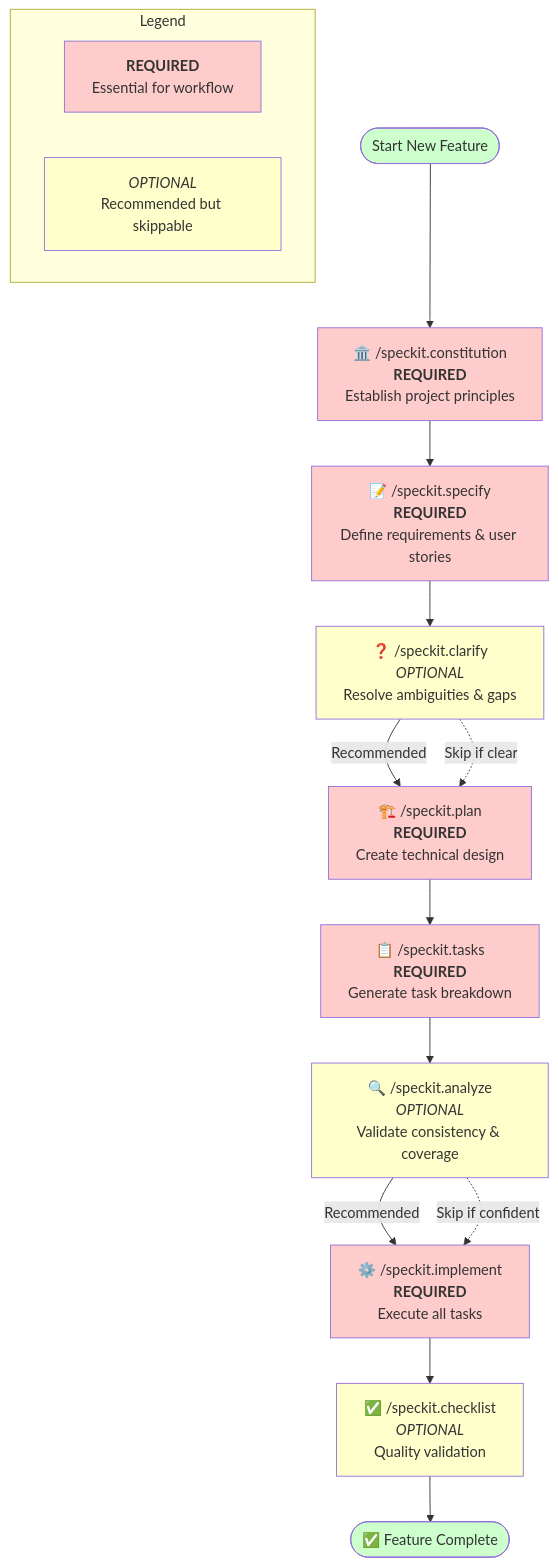
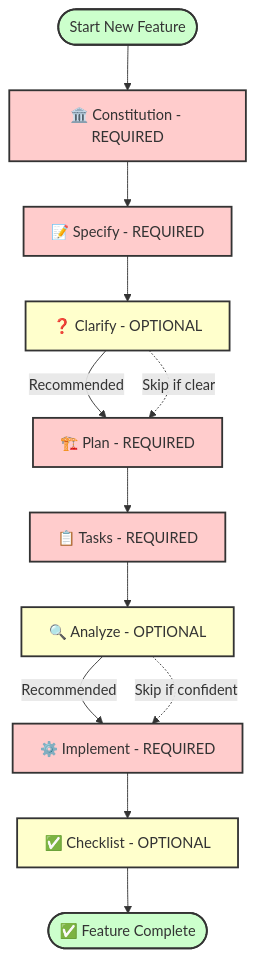
One commit to github/spec-kit changed the first of 6 diagrams in README.md. Above: the diagram before and after it, drawn with Mermaid. The commit also changed other lines of this file, not shown here.

````diff
--- a/README.md
+++ b/README.md
@@ -133,50 +133,26 @@
 ```mermaid
 flowchart TD
     Start([Start New Feature]) --> Constitution
-
-    Constitution["🏛️ /speckit.constitution<br/><b>REQUIRED</b><br/>Establish project principles"]
-    Constitution --> Specify
-
-    Specify["📝 /speckit.specify<br/><b>REQUIRED</b><br/>Define requirements & user stories"]
-    Specify --> Clarify
-
-    Clarify["❓ /speckit.clarify<br/><i>OPTIONAL</i><br/>Resolve ambiguities & gaps"]
-    Clarify -->|Recommended| Plan
+    Constitution[🏛️ Constitution - REQUIRED] --> Specify
+    Specify[📝 Specify - REQUIRED] --> Clarify
+    Clarify[❓ Clarify - OPTIONAL] -->|Recommended| Plan
     Clarify -.->|Skip if clear| Plan
-
-    Plan["🏗️ /speckit.plan<br/><b>REQUIRED</b><br/>Create technical design"]
-    Plan --> Tasks
-
-    Tasks["📋 /speckit.tasks<br/><b>REQUIRED</b><br/>Generate task breakdown"]
-    Tasks --> Analyze
-
-    Analyze["🔍 /speckit.analyze<br/><i>OPTIONAL</i><br/>Validate consistency & coverage"]
-    Analyze -->|Recommended| Implement
+    Plan[🏗️ Plan - REQUIRED] --> Tasks
+    Tasks[📋 Tasks - REQUIRED] --> Analyze
+    Analyze[🔍 Analyze - OPTIONAL] -->|Recommended| Implement
     Analyze -.->|Skip if confident| Implement
-
-    Implement["⚙️ /speckit.implement<br/><b>REQUIRED</b><br/>Execute all tasks"]
-    Implement --> Checklist
-
-    Checklist["✅ /speckit.checklist<br/><i>OPTIONAL</i><br/>Quality validation"]
-    Checklist --> Done
-
+    Implement[⚙️ Implement - REQUIRED] --> Checklist
+    Checklist[✅ Checklist - OPTIONAL] --> Done
     Done([✅ Feature Complete])
 
-    subgraph Legend
-        Required["<b>REQUIRED</b><br/>Essential for workflow"]
-        Optional["<i>OPTIONAL</i><br/>Recommended but skippable"]
-    end
-
-    style Constitution fill:#ffcccc
-    style Specify fill:#ffcccc
-    style Plan fill:#ffcccc
-    style Tasks fill:#ffcccc
-    style Implement fill:#ffcccc
-    style Clarify fill:#ffffcc
-    style Analyze fill:#ffffcc
-    style Checklist fill:#ffffcc
-    style Start fill:#ccffcc
-    style Done fill:#ccffcc
-    style Required fill:#ffcccc
-    style Optional fill:#ffffcc
+    style Constitution fill:#ffcccc,stroke:#333,stroke-width:2px
+    style Specify fill:#ffcccc,stroke:#333,stroke-width:2px
+    style Plan fill:#ffcccc,stroke:#333,stroke-width:2px
+    style Tasks fill:#ffcccc,stroke:#333,stroke-width:2px
+    style Implement fill:#ffcccc,stroke:#333,stroke-width:2px
+    style Clarify fill:#ffffcc,stroke:#333,stroke-width:2px
+    style Analyze fill:#ffffcc,stroke:#333,stroke-width:2px
+    style Checklist fill:#ffffcc,stroke:#333,stroke-width:2px
+    style Start fill:#ccffcc,stroke:#333,stroke-width:2px
+    style Done fill:#ccffcc,stroke:#333,stroke-width:2px
 ```
````
